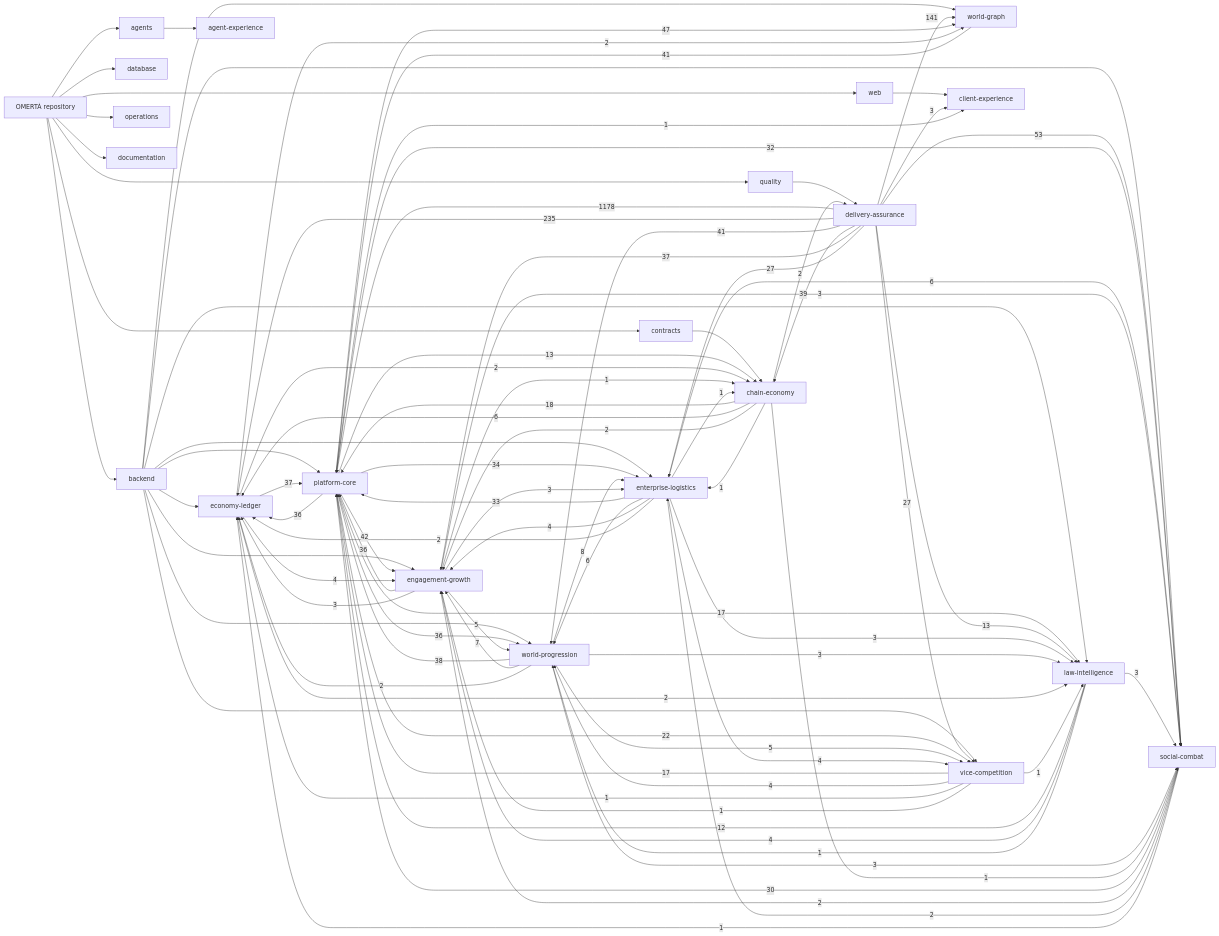
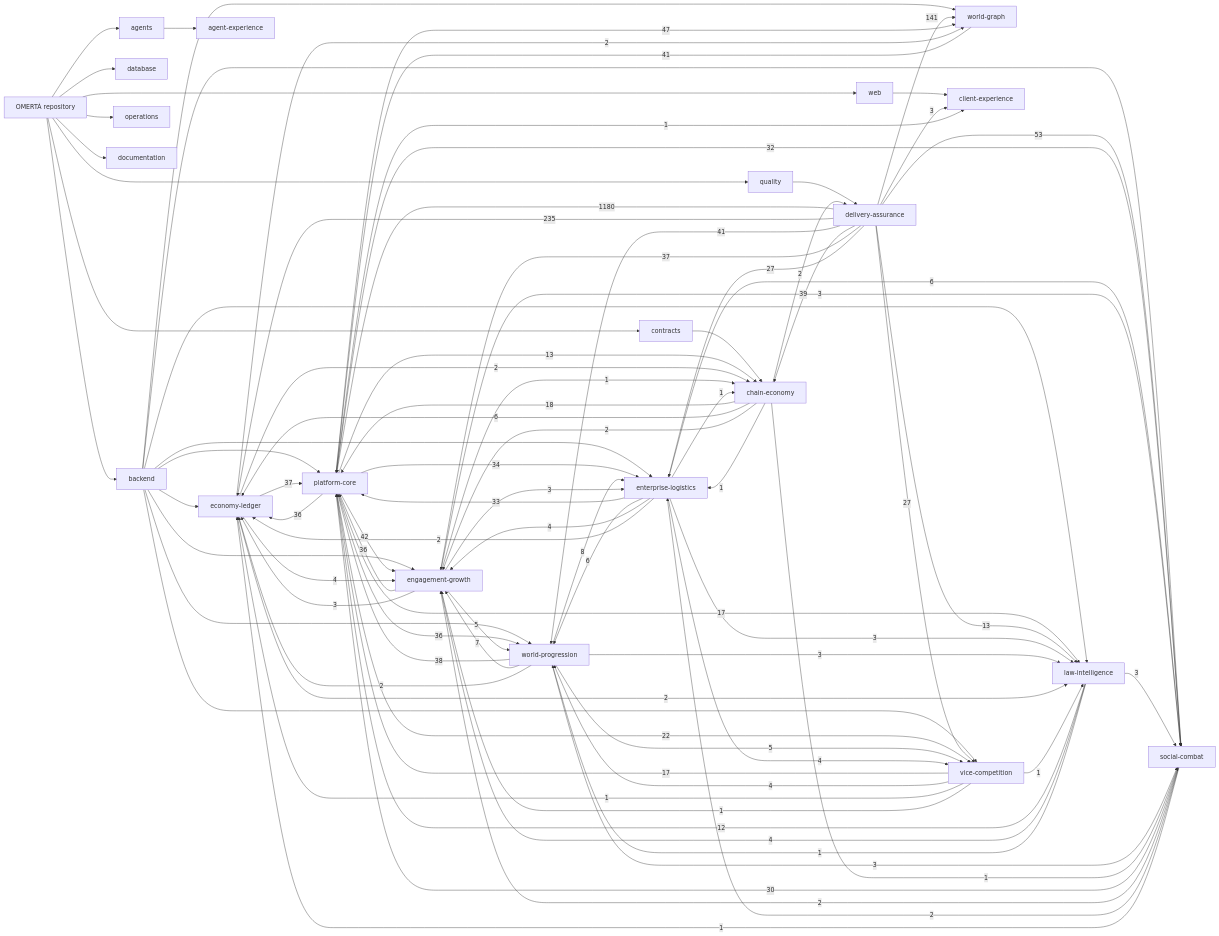
Before and after one commit to OmertaDev/Omerta: the diagram in knowledge/generated/graph.mmd, drawn with Mermaid. The commit also changed 7 other files, not shown here.

```diff
--- a/knowledge/generated/graph.mmd
+++ b/knowledge/generated/graph.mmd
@@ -1,111 +1,111 @@
 flowchart LR
   repo["OMERTÀ repository"]
   sub_backend["backend"]
   repo --> sub_backend
   sub_database["database"]
   repo --> sub_database
   sub_web["web"]
   repo --> sub_web
   sub_contracts["contracts"]
   repo --> sub_contracts
   sub_agents["agents"]
   repo --> sub_agents
   sub_quality["quality"]
   repo --> sub_quality
   sub_operations["operations"]
   repo --> sub_operations
   sub_documentation["documentation"]
   repo --> sub_documentation
   dom_platform-core["platform-core"]
   dom_economy-ledger["economy-ledger"]
   dom_social-combat["social-combat"]
   dom_world-progression["world-progression"]
   dom_world-graph["world-graph"]
   dom_enterprise-logistics["enterprise-logistics"]
   dom_vice-competition["vice-competition"]
   dom_law-intelligence["law-intelligence"]
   dom_chain-economy["chain-economy"]
   dom_engagement-growth["engagement-growth"]
   dom_client-experience["client-experience"]
   dom_agent-experience["agent-experience"]
   dom_delivery-assurance["delivery-assurance"]
   sub_agents --> dom_agent-experience
   sub_backend --> dom_economy-ledger
   sub_backend --> dom_engagement-growth
   sub_backend --> dom_enterprise-logistics
   sub_backend --> dom_law-intelligence
   sub_backend --> dom_platform-core
   sub_backend --> dom_social-combat
   sub_backend --> dom_vice-competition
   sub_backend --> dom_world-graph
   sub_backend --> dom_world-progression
   sub_contracts --> dom_chain-economy
   sub_quality --> dom_delivery-assurance
   sub_web --> dom_client-experience
-  dom_delivery-assurance -->|1178| dom_platform-core
+  dom_delivery-assurance -->|1180| dom_platform-core
   dom_delivery-assurance -->|235| dom_economy-ledger
   dom_delivery-assurance -->|141| dom_world-graph
   dom_delivery-assurance -->|53| dom_social-combat
   dom_platform-core -->|47| dom_world-graph
   dom_platform-core -->|42| dom_engagement-growth
   dom_delivery-assurance -->|41| dom_world-progression
   dom_world-graph -->|41| dom_platform-core
   dom_delivery-assurance -->|39| dom_chain-economy
   dom_world-progression -->|38| dom_platform-core
   dom_delivery-assurance -->|37| dom_engagement-growth
   dom_economy-ledger -->|37| dom_platform-core
   dom_engagement-growth -->|36| dom_platform-core
   dom_platform-core -->|36| dom_economy-ledger
   dom_platform-core -->|36| dom_world-progression
   dom_platform-core -->|34| dom_enterprise-logistics
   dom_enterprise-logistics -->|33| dom_platform-core
   dom_platform-core -->|32| dom_social-combat
   dom_social-combat -->|30| dom_platform-core
   dom_delivery-assurance -->|27| dom_enterprise-logistics
   dom_delivery-assurance -->|27| dom_vice-competition
   dom_platform-core -->|22| dom_vice-competition
   dom_chain-economy -->|18| dom_platform-core
   dom_platform-core -->|17| dom_law-intelligence
   dom_vice-competition -->|17| dom_platform-core
   dom_delivery-assurance -->|13| dom_law-intelligence
   dom_platform-core -->|13| dom_chain-economy
   dom_law-intelligence -->|12| dom_platform-core
   dom_world-progression -->|8| dom_enterprise-logistics
   dom_world-progression -->|7| dom_engagement-growth
   dom_chain-economy -->|6| dom_economy-ledger
   dom_enterprise-logistics -->|6| dom_social-combat
   dom_enterprise-logistics -->|6| dom_world-progression
   dom_engagement-growth -->|5| dom_world-progression
   dom_world-progression -->|5| dom_vice-competition
   dom_economy-ledger -->|4| dom_engagement-growth
   dom_enterprise-logistics -->|4| dom_engagement-growth
   dom_enterprise-logistics -->|4| dom_vice-competition
   dom_law-intelligence -->|4| dom_engagement-growth
   dom_vice-competition -->|4| dom_world-progression
   dom_delivery-assurance -->|3| dom_client-experience
   dom_engagement-growth -->|3| dom_economy-ledger
   dom_engagement-growth -->|3| dom_enterprise-logistics
   dom_engagement-growth -->|3| dom_social-combat
   dom_enterprise-logistics -->|3| dom_law-intelligence
   dom_law-intelligence -->|3| dom_social-combat
   dom_world-progression -->|3| dom_law-intelligence
   dom_world-progression -->|3| dom_social-combat
   dom_chain-economy -->|2| dom_delivery-assurance
   dom_chain-economy -->|2| dom_engagement-growth
   dom_economy-ledger -->|2| dom_chain-economy
   dom_economy-ledger -->|2| dom_law-intelligence
   dom_economy-ledger -->|2| dom_world-graph
   dom_enterprise-logistics -->|2| dom_economy-ledger
   dom_social-combat -->|2| dom_engagement-growth
   dom_social-combat -->|2| dom_enterprise-logistics
   dom_world-progression -->|2| dom_economy-ledger
   dom_chain-economy -->|1| dom_enterprise-logistics
   dom_chain-economy -->|1| dom_social-combat
   dom_engagement-growth -->|1| dom_chain-economy
   dom_enterprise-logistics -->|1| dom_chain-economy
   dom_law-intelligence -->|1| dom_world-progression
   dom_platform-core -->|1| dom_client-experience
   dom_social-combat -->|1| dom_economy-ledger
   dom_vice-competition -->|1| dom_economy-ledger
   dom_vice-competition -->|1| dom_engagement-growth
   dom_vice-competition -->|1| dom_law-intelligence
```
